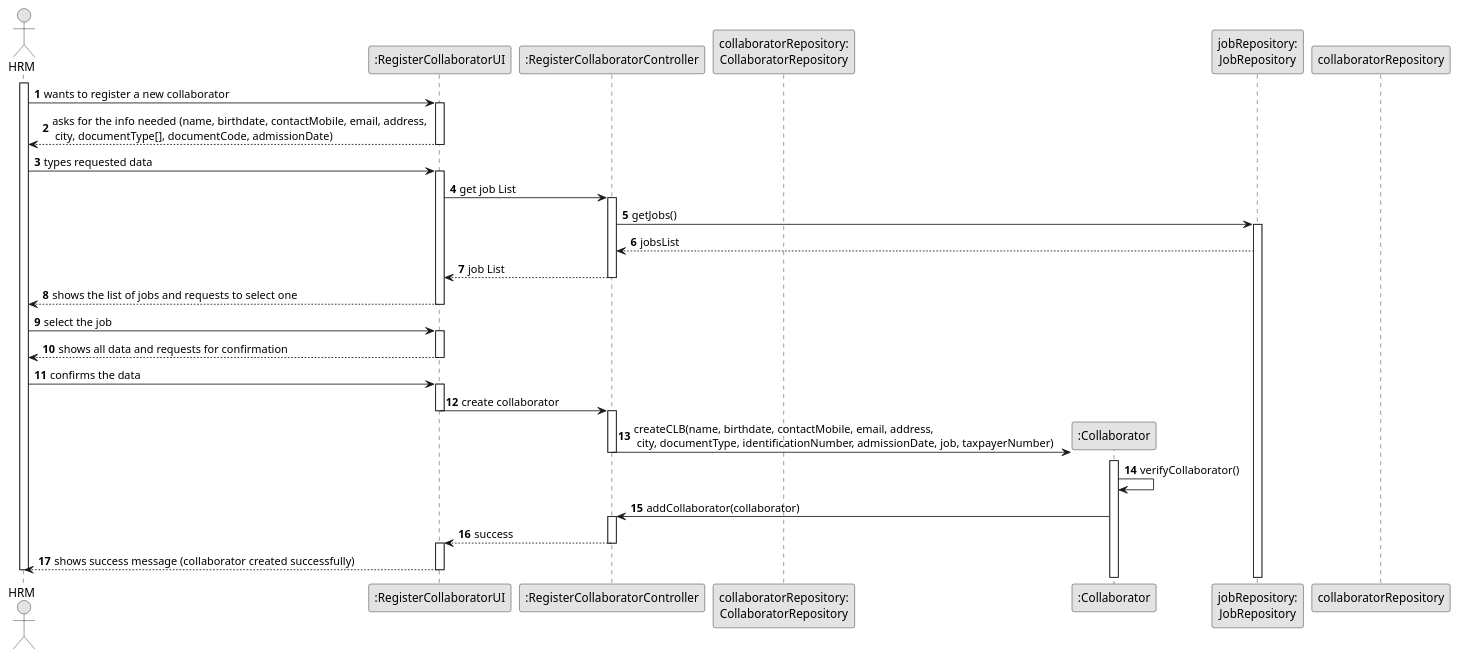
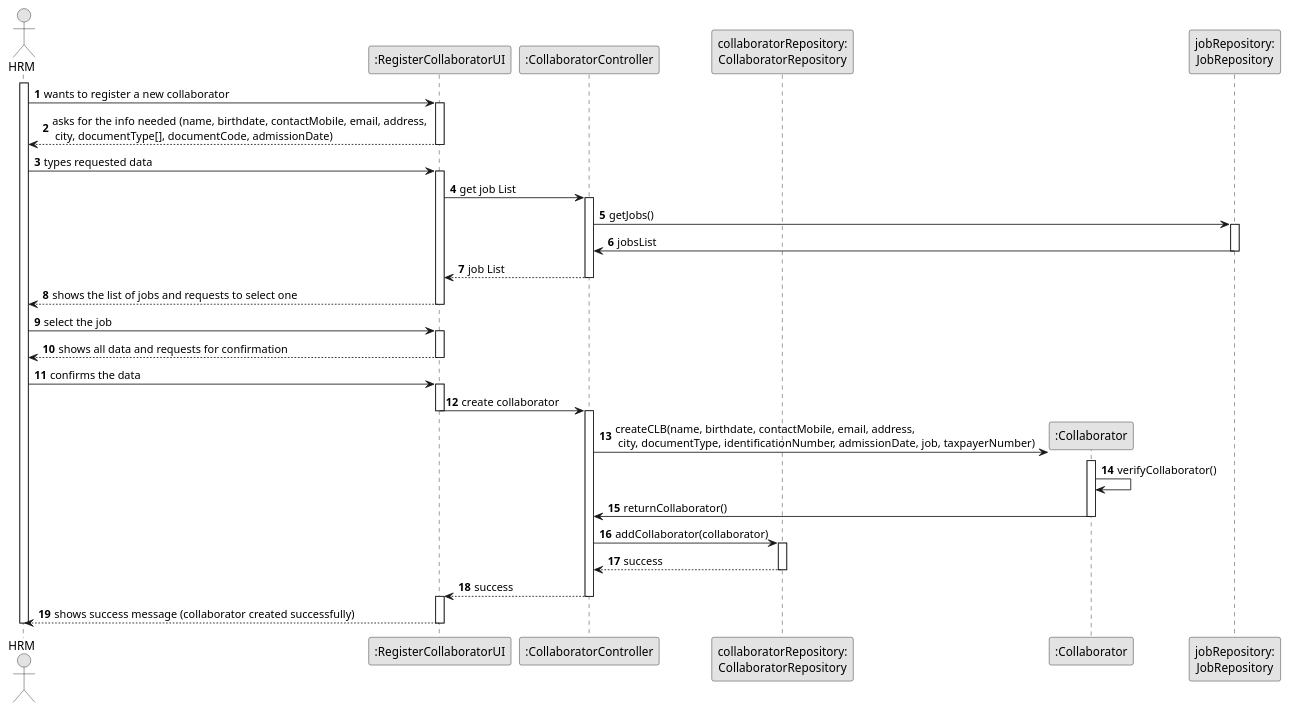
The diagram in docs/sprintB/us003/03.design/puml/us003-sequence-diagram-full.puml (RicardoMorim/lapr2-ISEP-Project), drawn with PlantUML before and after one commit. The commit also changed other lines of this file and 1 other file, not shown here.

Commit message:
Updated design of US003 (sequence-diagram-full and class-diagram)

```diff
--- a/docs/sprintB/us003/03.design/puml/us003-sequence-diagram-full.puml
+++ b/docs/sprintB/us003/03.design/puml/us003-sequence-diagram-full.puml
@@ -1,90 +1,89 @@
 @startuml
 skinparam monochrome true
 skinparam packageStyle rectangle
 skinparam shadowing false
 
 autonumber
 
 actor "HRM" as HRM
 participant ":RegisterCollaboratorUI" as UI
-participant ":RegisterCollaboratorController" as CTRL
+participant ":CollaboratorController" as CTRL
 participant "collaboratorRepository:\nCollaboratorRepository" as CLBREP
 participant ":Collaborator" as CLB
 participant "jobRepository:\nJobRepository" as jobRepository
 
 
 activate HRM
 
         HRM -> UI : wants to register a new collaborator
         activate UI
 
         UI --> HRM : asks for the info needed (name, birthdate, contactMobile, email, address, \n city, documentType[], documentCode, admissionDate)
         deactivate UI
 
         HRM -> UI : types requested data
         activate UI
 
         UI -> CTRL: get job List
 
 
         activate CTRL
 
             CTRL -> jobRepository : getJobs()
             activate jobRepository
 
-            jobRepository --> CTRL : jobsList
-            deactivate collaboratorRepository
+            jobRepository -> CTRL : jobsList
+            deactivate jobRepository
 
 
             CTRL --> UI : job List
         deactivate CTRL
 
 
 
         UI --> HRM : shows the list of jobs and requests to select one
         deactivate UI
 
 
         HRM -> UI : select the job
         activate UI
 
         UI --> HRM: shows all data and requests for confirmation
         deactivate UI
 
         HRM -> UI: confirms the data
         activate UI
 
         UI -> CTRL : create collaborator
 
         deactivate UI
 
         activate CTRL
 
             CTRL -> CLB** : createCLB(name, birthdate, contactMobile, email, address,\n city, documentType, identificationNumber, admissionDate, job, taxpayerNumber)
-        deactivate CTRL
 
+                activate CLB
+                    CLB -> CLB : verifyCollaborator()
 
+                    CLB -> CTRL : returnCollaborator()
+                deactivate CLB
 
-        activate CLB
-        CLB -> CLB : verifyCollaborator()
+                CTRL -> CLBREP: addCollaborator(collaborator)
 
+                activate CLBREP
 
-        CLB -> CTRL: addCollaborator(collaborator)
+                   CLBREP --> CTRL : success
+                deactivate CLBREP
 
-
-        activate CTRL
-
-
-
-        CTRL --> UI : success
+                CTRL --> UI : success
         deactivate CTRL
 
         activate UI
         UI --> HRM : shows success message (collaborator created successfully)
         deactivate UI
 
 
 deactivate HRM
 
 
 @enduml
```
